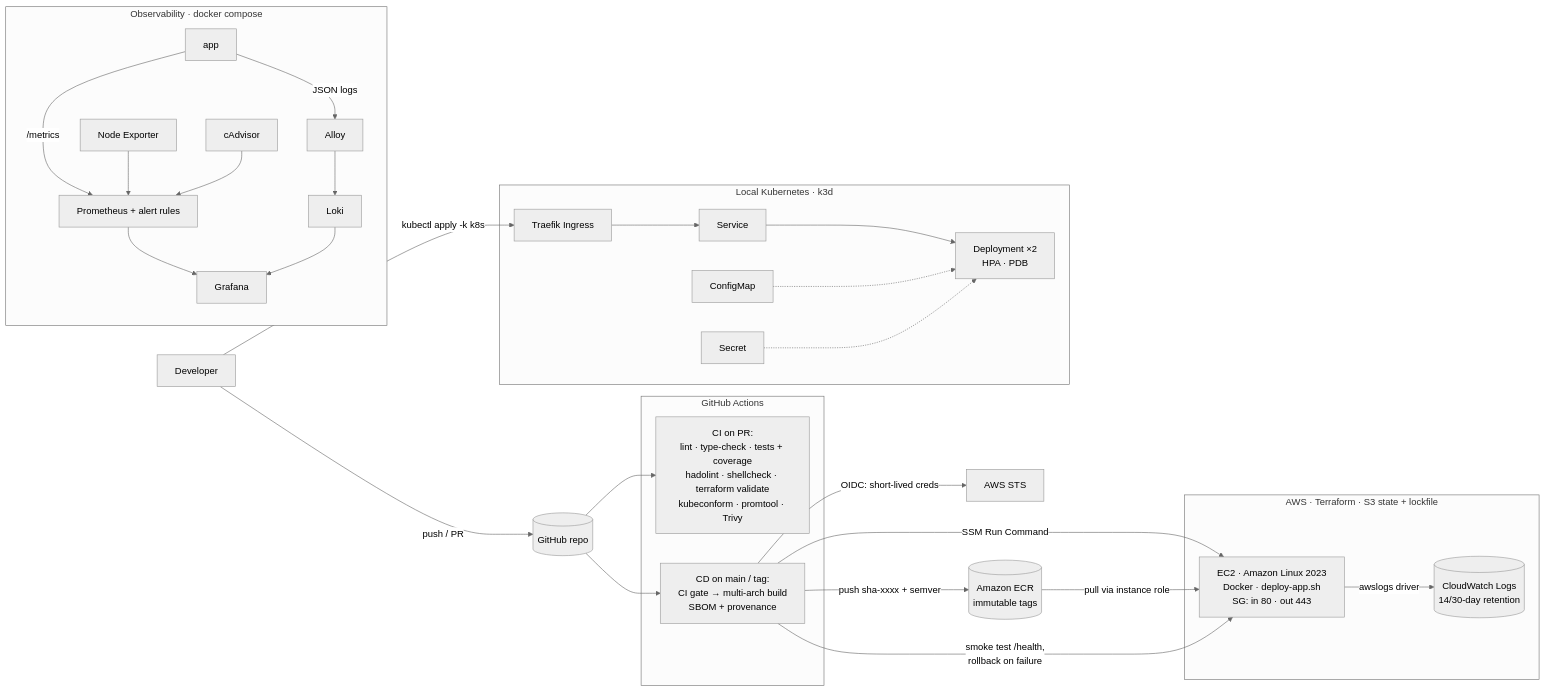
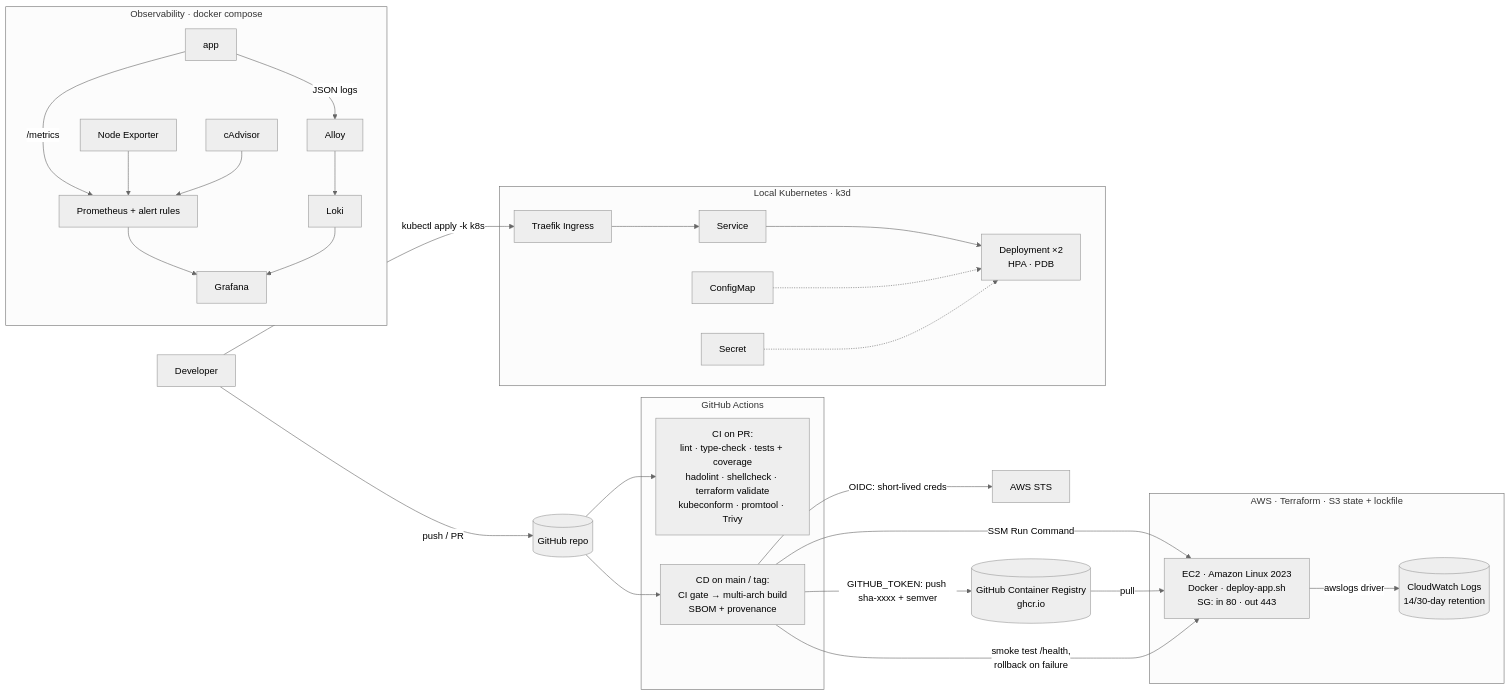
Before and after one commit to monwarqx1250/devops-task: the second of 2 diagrams in README.md, drawn with Mermaid (neutral theme). The commit also changed other lines of this file and 9 other files, not shown here.

First line of the commit message:
ci: publish images to GitHub Container Registry

````diff
--- a/README.md
+++ b/README.md
@@ -556,38 +554,38 @@
 ```mermaid
 flowchart LR
   dev[Developer] -- push / PR --> gh[(GitHub repo)]
 
   subgraph ci[GitHub Actions]
     pr[CI on PR:<br/>lint · type-check · tests + coverage<br/>hadolint · shellcheck · terraform validate<br/>kubeconform · promtool · Trivy]
     cd[CD on main / tag:<br/>CI gate → multi-arch build<br/>SBOM + provenance]
   end
   gh --> pr
   gh --> cd
   cd -- OIDC: short-lived creds --> sts[AWS STS]
-  cd -- push sha-xxxx + semver --> ecr[(Amazon ECR<br/>immutable tags)]
+  cd -- GITHUB_TOKEN: push sha-xxxx + semver --> ghcr[(GitHub Container Registry<br/>ghcr.io)]
   cd -- SSM Run Command --> ec2
 
   subgraph aws[AWS · Terraform · S3 state + lockfile]
     ec2[EC2 · Amazon Linux 2023<br/>Docker · deploy-app.sh<br/>SG: in 80 · out 443]
     cw[(CloudWatch Logs<br/>14/30-day retention)]
   end
-  ecr -- pull via instance role --> ec2
+  ghcr -- pull --> ec2
   ec2 -- awslogs driver --> cw
   cd -- smoke test /health,<br/>rollback on failure --> ec2
 
   subgraph k8s[Local Kubernetes · k3d]
     ing[Traefik Ingress] --> svc[Service] --> pods[Deployment ×2<br/>HPA · PDB]
     cm[ConfigMap] -.-> pods
     sec[Secret] -.-> pods
   end
   dev -- kubectl apply -k k8s --> ing
 
   subgraph obs[Observability · docker compose]
     app[app] -- /metrics --> prom[Prometheus + alert rules]
     ne[Node Exporter] --> prom
     cad[cAdvisor] --> prom
     app -- JSON logs --> alloy[Alloy] --> loki[Loki]
     prom --> graf[Grafana]
     loki --> graf
   end
 ```
````
